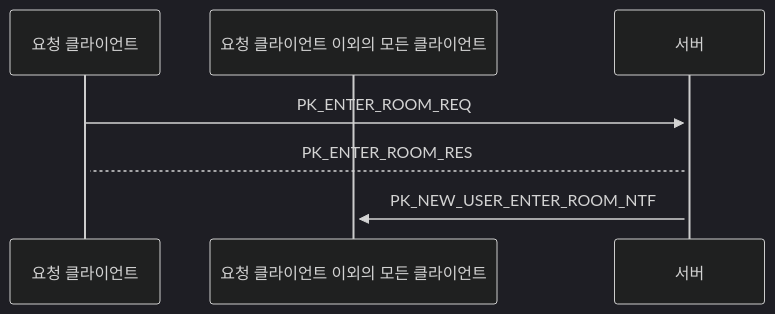
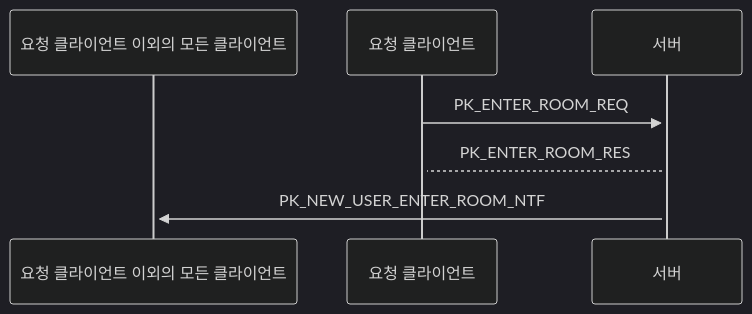
The first of 3 diagrams in README.md (42StudyGame/Game_Server_Study_01), drawn with Mermaid (dark theme) before and after one commit.

````diff
--- a/README.md
+++ b/README.md
@@ -46,10 +46,10 @@
 ```mermaid
 sequenceDiagram
-   participant c as 요청 클라이언트 
    participant c_other as 요청 클라이언트 이외의 모든 클라이언트
+   participant c as 요청 클라이언트    
    participant s as 서버
   
    c ->>+ s: PK_ENTER_ROOM_REQ
    s -->+ c: PK_ENTER_ROOM_RES
    s ->>+ c_other: PK_NEW_USER_ENTER_ROOM_NTF
 ```   
````
